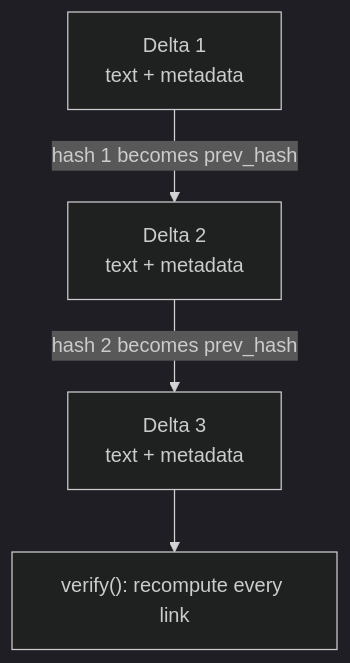
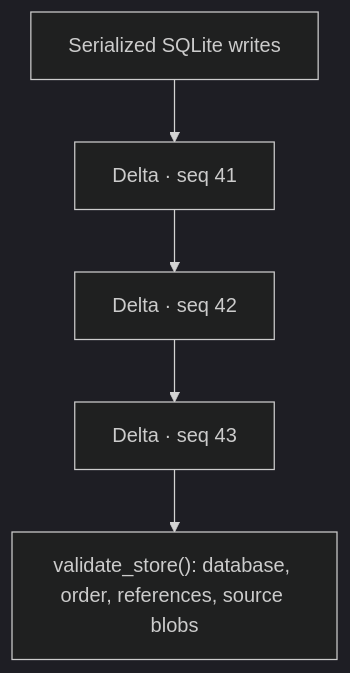
The third of 12 diagrams in docs/architecture.md (shanmukh05/trisynapse-memory), drawn with Mermaid (dark theme) before and after one commit. The commit also changed other lines of this file and 76 other files, not shown here.

````diff
--- a/docs/architecture.md
+++ b/docs/architecture.md
@@ -64,6 +232,7 @@
 ```mermaid
 flowchart TD
-    D1["Delta 1\ntext + metadata"] -->|"hash 1 becomes prev_hash"| D2["Delta 2\ntext + metadata"]
-    D2 -->|"hash 2 becomes prev_hash"| D3["Delta 3\ntext + metadata"]
-    D3 --> V["verify(): recompute every link"]
+    W["Serialized SQLite writes"] --> D1["Delta · seq 41"]
+    D1 --> D2["Delta · seq 42"]
+    D2 --> D3["Delta · seq 43"]
+    D3 --> V["validate_store(): database, order, references, source blobs"]
 ```
````
